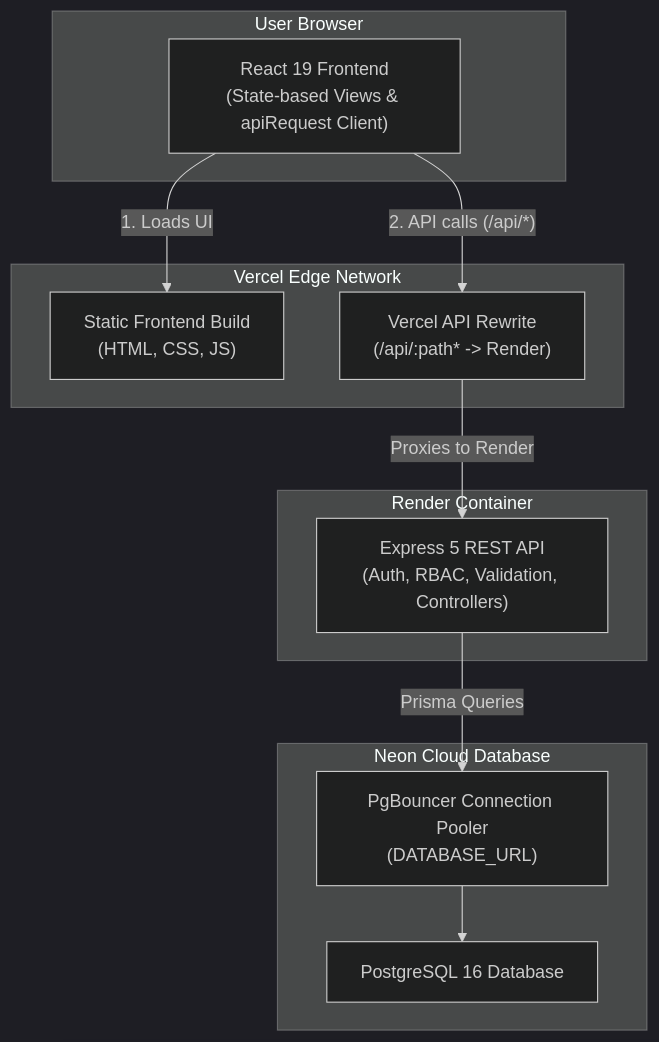
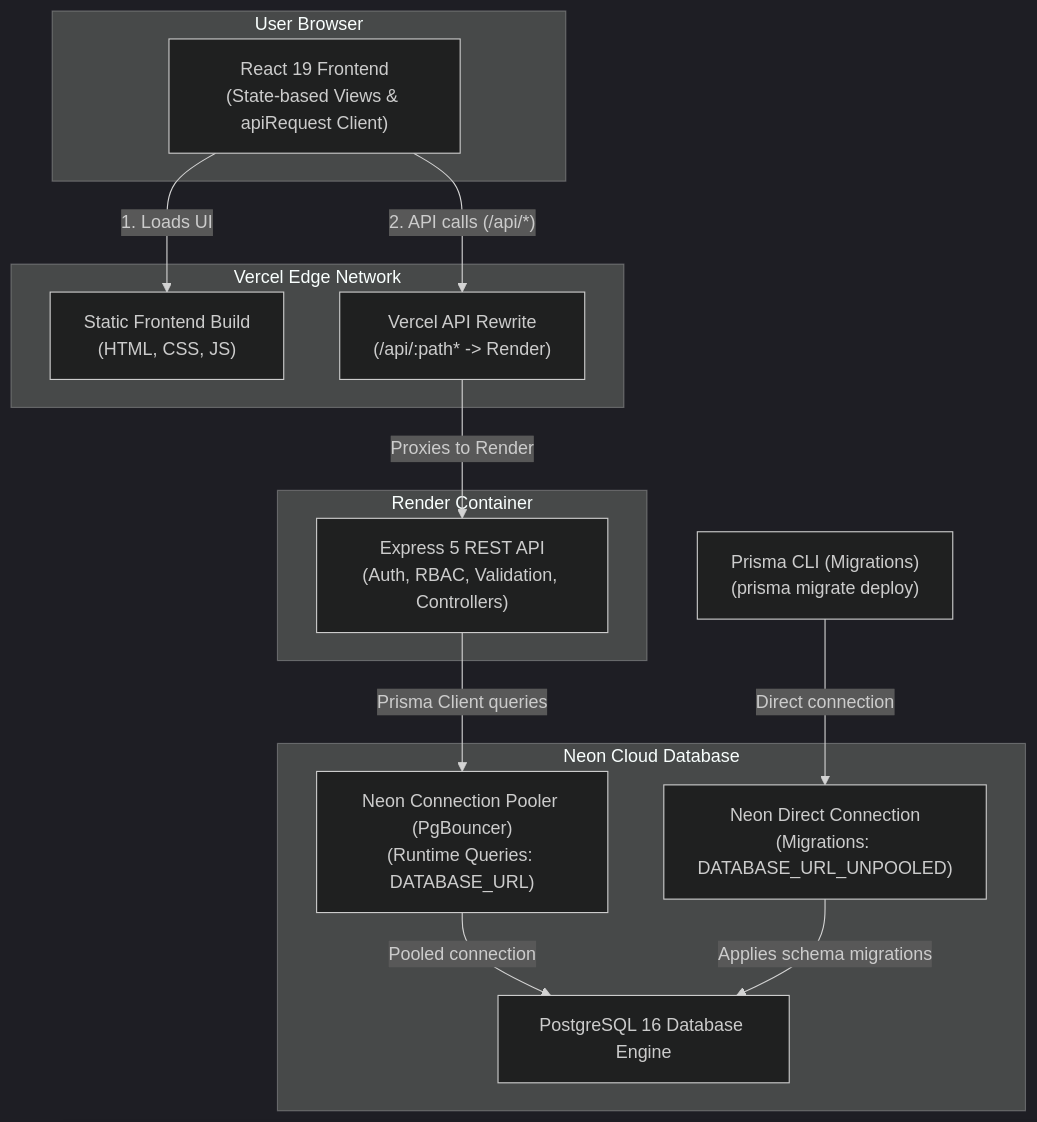
Before and after one commit to bhavanaaa-1/fridge-police: the diagram in README.md, drawn with Mermaid (dark theme). The commit also changed other lines of this file and 4 other files, not shown here.

````diff
--- a/README.md
+++ b/README.md
@@ -74,26 +74,29 @@
 ```mermaid
 flowchart TD
     subgraph Browser ["User Browser"]
         ReactApp["React 19 Frontend<br/>(State-based Views & apiRequest Client)"]
     end
 
     subgraph Vercel ["Vercel Edge Network"]
         StaticAssets["Static Frontend Build<br/>(HTML, CSS, JS)"]
         VercelRewrite["Vercel API Rewrite<br/>(/api/:path* -> Render)"]
     end
 
     subgraph Render ["Render Container"]
         ExpressAPI["Express 5 REST API<br/>(Auth, RBAC, Validation, Controllers)"]
     end
 
     subgraph Neon ["Neon Cloud Database"]
-        PgBouncer["PgBouncer Connection Pooler<br/>(DATABASE_URL)"]
-        PostgresDB["PostgreSQL 16 Database"]
+        PgBouncer["Neon Connection Pooler (PgBouncer)<br/>(Runtime Queries: DATABASE_URL)"]
+        DirectPostgres["Neon Direct Connection<br/>(Migrations: DATABASE_URL_UNPOOLED)"]
+        PostgresDB["PostgreSQL 16 Database Engine"]
     end
 
     ReactApp -->|"1. Loads UI"| StaticAssets
     ReactApp -->|"2. API calls (/api/*)"| VercelRewrite
     VercelRewrite -->|"Proxies to Render"| ExpressAPI
-    ExpressAPI -->|"Prisma Queries"| PgBouncer
-    PgBouncer --> PostgresDB
+    ExpressAPI -->|"Prisma Client queries"| PgBouncer
+    PgBouncer -->|"Pooled connection"| PostgresDB
+    PrismaCLI["Prisma CLI (Migrations)<br/>(prisma migrate deploy)"] -->|"Direct connection"| DirectPostgres
+    DirectPostgres -->|"Applies schema migrations"| PostgresDB
 ```
````
